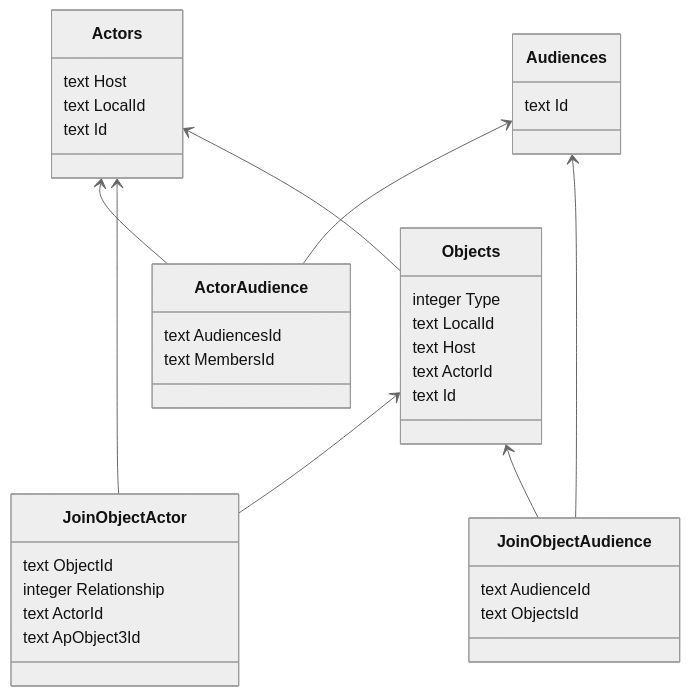
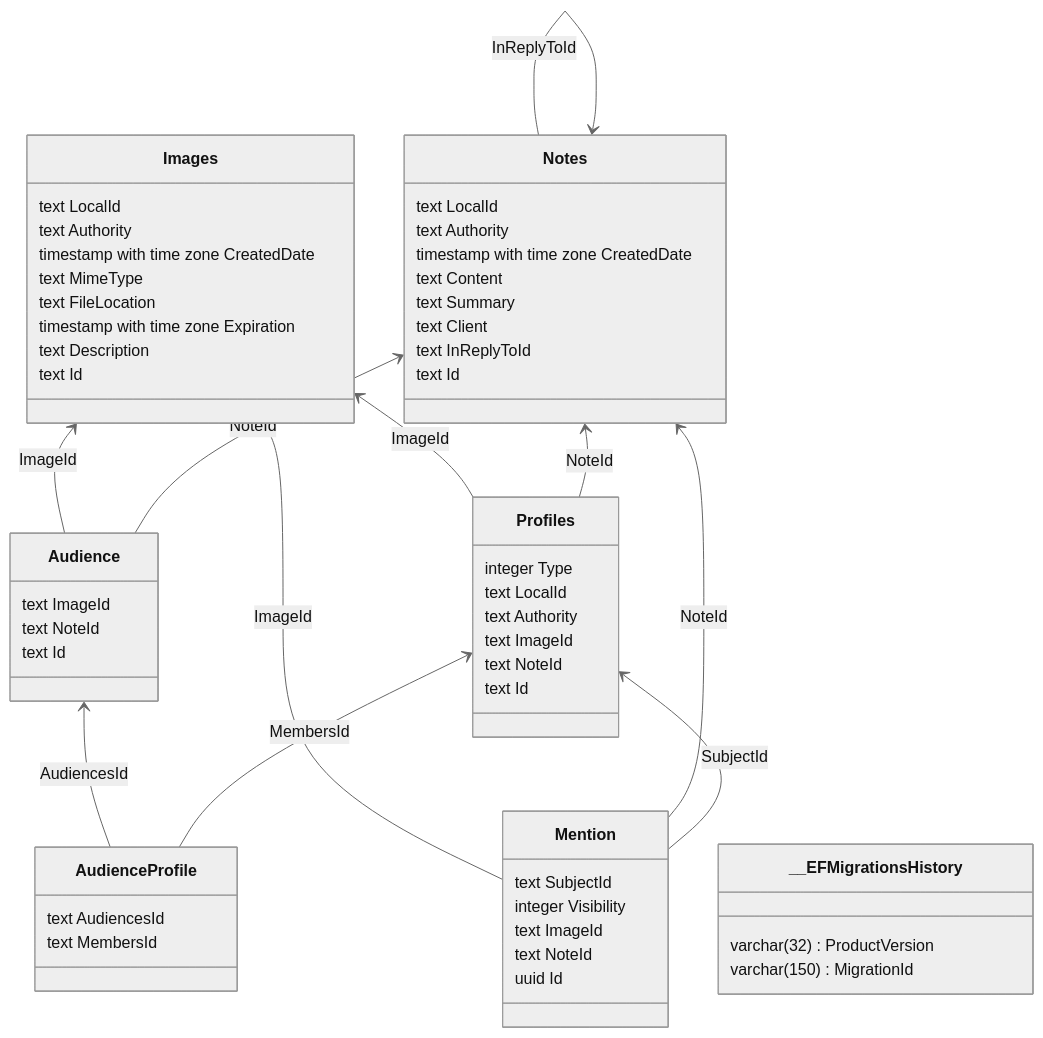
One commit to Letterbook/Letterbook changed the diagram in Letterbook.Adapter.Db/docs/Schema.md. Above: the diagram before and after it, drawn with Mermaid (neutral theme). The commit also changed 27 other files, not shown here.

````diff
--- a/Letterbook.Adapter.Db/docs/Schema.md
+++ b/Letterbook.Adapter.Db/docs/Schema.md
@@ -1,42 +1,63 @@
 ```mermaid
 classDiagram
 direction BT
-class ActorAudience {
+class Audience {
+   text ImageId
+   text NoteId
+   text Id
+}
+class AudienceProfile {
    text AudiencesId
    text MembersId
 }
-class Actors {
-   text Host
+class Images {
    text LocalId
+   text Authority
+   timestamp with time zone CreatedDate
+   text MimeType
+   text FileLocation
+   timestamp with time zone Expiration
+   text Description
    text Id
 }
-class Audiences {
+class Mention {
+   text SubjectId
+   integer Visibility
+   text ImageId
+   text NoteId
+   uuid Id
+}
+class Notes {
+   text LocalId
+   text Authority
+   timestamp with time zone CreatedDate
+   text Content
+   text Summary
+   text Client
+   text InReplyToId
    text Id
 }
-class JoinObjectActor {
-   text ObjectId
-   integer Relationship
-   text ActorId
-   text ApObject3Id
-}
-class JoinObjectAudience {
-   text AudienceId
-   text ObjectsId
-}
-class Objects {
+class Profiles {
    integer Type
    text LocalId
-   text Host
-   text ActorId
+   text Authority
+   text ImageId
+   text NoteId
    text Id
 }
+class __EFMigrationsHistory {
+   varchar(32) ProductVersion
+   varchar(150) MigrationId
+}
 
-ActorAudience  -->  Actors
-ActorAudience  -->  Audiences
-JoinObjectActor  -->  Actors
-JoinObjectActor  -->  Objects
-JoinObjectAudience  -->  Audiences
-JoinObjectAudience  -->  Objects
-Objects  -->  Actors
-
+Audience  -->  Images : ImageId 
+Audience  -->  Notes : NoteId
+AudienceProfile  -->  Audience : AudiencesId 
+AudienceProfile  -->  Profiles : MembersId 
+Mention  -->  Images : ImageId 
+Mention  -->  Notes : NoteId
+Mention  -->  Profiles : SubjectId 
+Notes  -->  Notes : InReplyToId 
+Profiles  -->  Images : ImageId 
+Profiles  -->  Notes : NoteId
 ```
````
